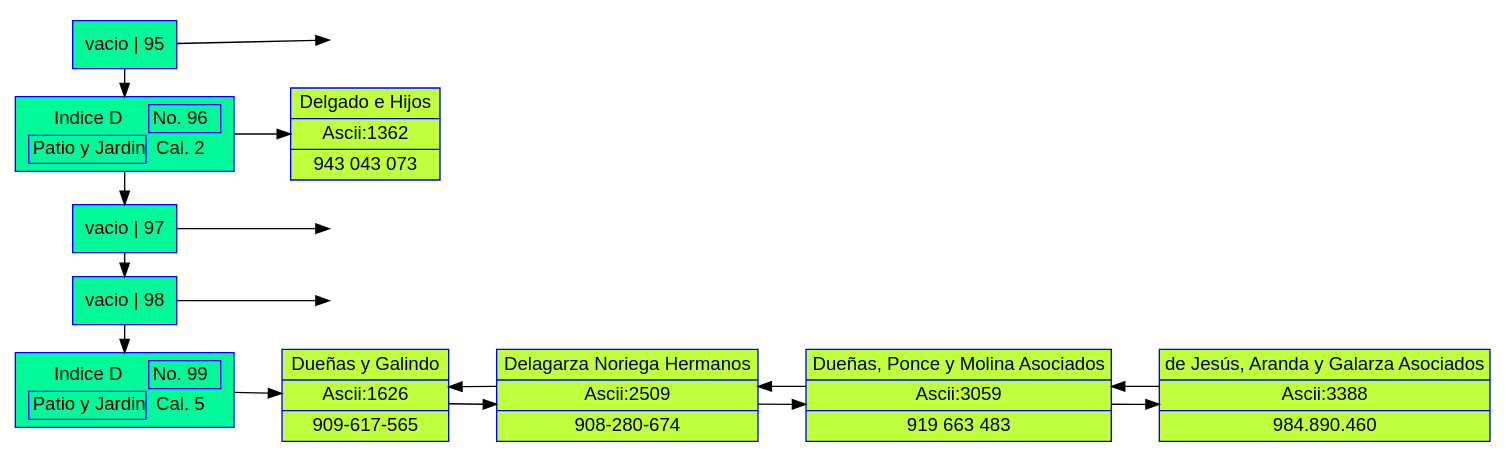
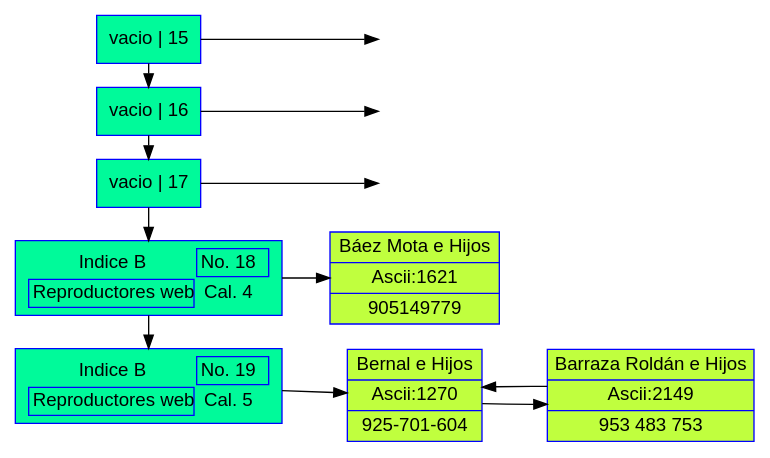
One commit to JAlvarez9/EDD_VirtualMall_201900528 changed the diagram in EDD_VirtualMall/Backend/Dots/arreglo.dot. Above: the diagram before and after it, drawn with Graphviz. The commit also changed 18 other files, not shown here.

```diff
--- a/EDD_VirtualMall/Backend/Dots/arreglo.dot
+++ b/EDD_VirtualMall/Backend/Dots/arreglo.dot
@@ -1,60 +1,54 @@
 digraph G{ 
 rankdir= "LR" 
 node[fontname="Arial" style="filled" shape="box" color="blue" fillcolor="mediumspringgreen"]; 
-node95[label="vacio | 95 "]; 
- node95v[label=" ", color="white" fillcolor="white"] 
-node95->node95v; 
-node96[style="filled" color="blue" fillcolor="mediumspringgreen" label=< 
+node15[label="vacio | 15 "]; 
+ node15v[label=" ", color="white" fillcolor="white"] 
+node15->node15v; 
+node16[label="vacio | 16 "]; 
+ node16v[label=" ", color="white" fillcolor="white"] 
+node16->node16v; 
+node17[label="vacio | 17 "]; 
+ node17v[label=" ", color="white" fillcolor="white"] 
+node17->node17v; 
+node18[style="filled" color="blue" fillcolor="mediumspringgreen" label=< 
 <TABLE BORDER="0" ALIGN="LEFT"> 
 <TR> 
-<TD >Indice D</TD> 
-<TD BORDER="1"> No. 96 </TD> 
+<TD >Indice B</TD> 
+<TD BORDER="1"> No. 18 </TD> 
 </TR> 
 <TR> 
-<TD BORDER="1">Patio y Jardin</TD> 
-<TD> Cal. 2 </TD> 
+<TD BORDER="1">Reproductores web</TD> 
+<TD> Cal. 4 </TD> 
 </TR> 
 </TABLE> 
 >, ]; 
-node0xc0003466e0[shape="record" label="Delgado e Hijos| Ascii:1362| 943 043 073 " fillcolor="olivedrab1"]; 
- node96->node0xc0003466e0; 
-node97[label="vacio | 97 "]; 
- node97v[label=" ", color="white" fillcolor="white"] 
-node97->node97v; 
-node98[label="vacio | 98 "]; 
- node98v[label=" ", color="white" fillcolor="white"] 
-node98->node98v; 
-node99[style="filled" color="blue" fillcolor="mediumspringgreen" label=< 
+node0xc00032ac80[shape="record" label="Báez Mota e Hijos| Ascii:1621| 905149779 " fillcolor="olivedrab1"]; 
+ node18->node0xc00032ac80; 
+node19[style="filled" color="blue" fillcolor="mediumspringgreen" label=< 
 <TABLE BORDER="0" ALIGN="LEFT"> 
 <TR> 
-<TD >Indice D</TD> 
-<TD BORDER="1"> No. 99 </TD> 
+<TD >Indice B</TD> 
+<TD BORDER="1"> No. 19 </TD> 
 </TR> 
 <TR> 
-<TD BORDER="1">Patio y Jardin</TD> 
+<TD BORDER="1">Reproductores web</TD> 
 <TD> Cal. 5 </TD> 
 </TR> 
 </TABLE> 
 >, ]; 
-node0xc000346960[shape="record" label="Dueñas y Galindo| Ascii:1626| 909-617-565 " fillcolor="olivedrab1"]; 
- node0xc0003468c0[shape="record" label="Delagarza Noriega Hermanos| Ascii:2509| 908-280-674 " fillcolor="olivedrab1"]; 
- node0xc000346960->node0xc0003468c0; 
-node0xc0003468c0->node0xc000346960; 
-node0xc000346820[shape="record" label="Dueñas, Ponce y Molina Asociados| Ascii:3059| 919 663 483 " fillcolor="olivedrab1"]; 
- node0xc0003468c0->node0xc000346820; 
-node0xc000346820->node0xc0003468c0; 
-node0xc000346780[shape="record" label="de Jesús, Aranda y Galarza Asociados| Ascii:3388| 984.890.460 " fillcolor="olivedrab1"]; 
- node0xc000346820->node0xc000346780; 
-node0xc000346780->node0xc000346820; 
-node99->node0xc000346960; 
-{rank="same" ;node95 
-;node96
-;node97
-;node98
-;node99
+node0xc00032abe0[shape="record" label="Bernal e Hijos| Ascii:1270| 925-701-604 " fillcolor="olivedrab1"]; 
+ node0xc00032ad20[shape="record" label="Barraza Roldán e Hijos| Ascii:2149| 953 483 753 " fillcolor="olivedrab1"]; 
+ node0xc00032abe0->node0xc00032ad20; 
+node0xc00032ad20->node0xc00032abe0; 
+node19->node0xc00032abe0; 
+{rank="same" ;node15 
+;node16
+;node17
+;node18
+;node19
  }
-node95 -> node96 
-node96 -> node97 
-node97 -> node98 
-node98 -> node99 
+node15 -> node16 
+node16 -> node17 
+node17 -> node18 
+node18 -> node19 
 } 
```
